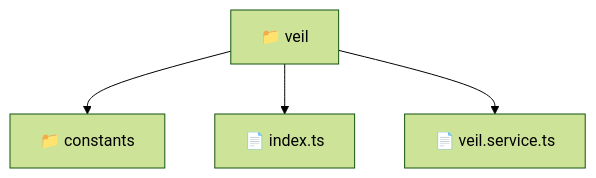
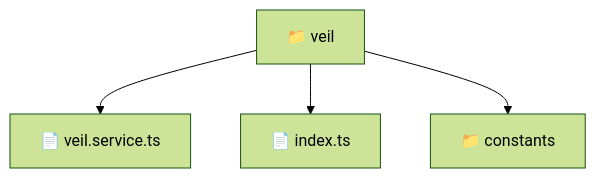
Before and after one commit to beginwebdev2002/fullstack-mavluda: the diagram in frontend/src/entities/veil/README.md, drawn with Mermaid (forest theme). The commit also changed other lines of this file and 164 other files, not shown here.

First line of the commit message:
docs: generate robust autonomous architectural documentation

````diff
--- a/frontend/src/entities/veil/README.md
+++ b/frontend/src/entities/veil/README.md
@@ -11,7 +11,7 @@
 ```mermaid
 graph TD
-  Root["📁 veil"]
-  Root --> constants["📁 constants"]
-  Root --> index_ts["📄 index.ts"]
-  Root --> veil_service_ts["📄 veil.service.ts"]
+    f_veil["📁 veil"]
+    f_veil --> f_veil_service_ts["📄 veil.service.ts"]
+    f_veil --> f_index_ts["📄 index.ts"]
+    f_veil --> f_constants["📁 constants"]
 ```
````
